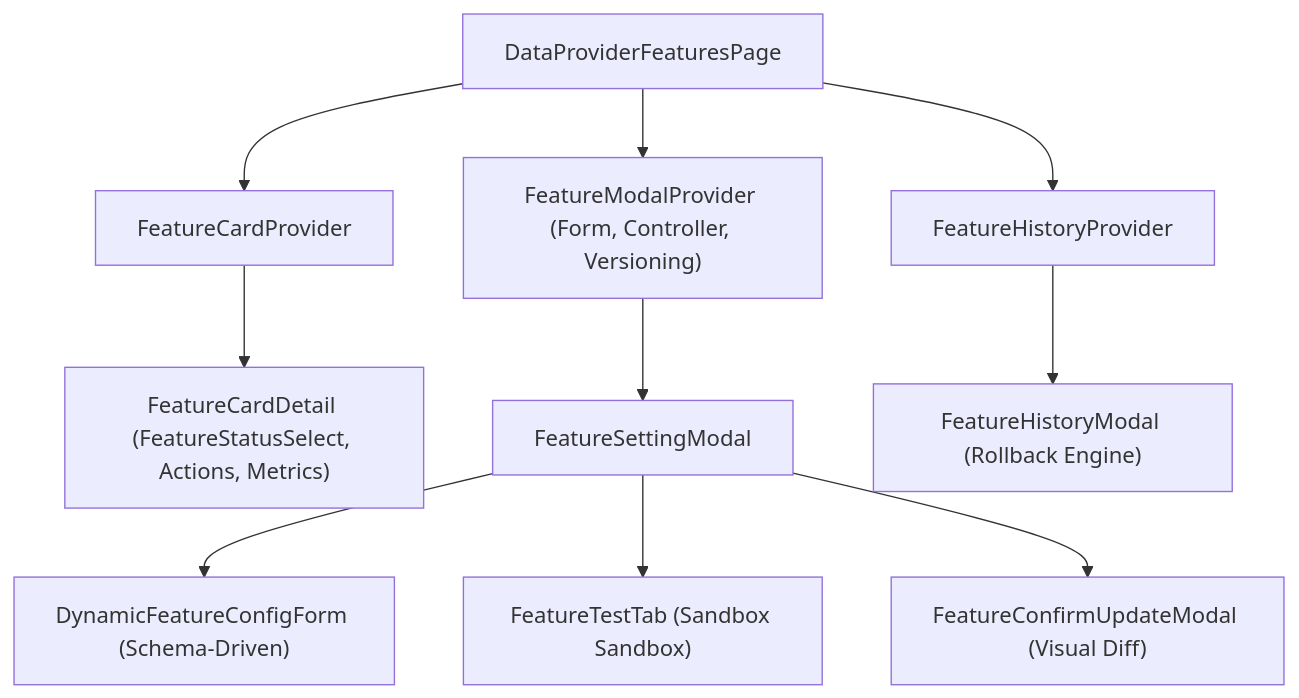
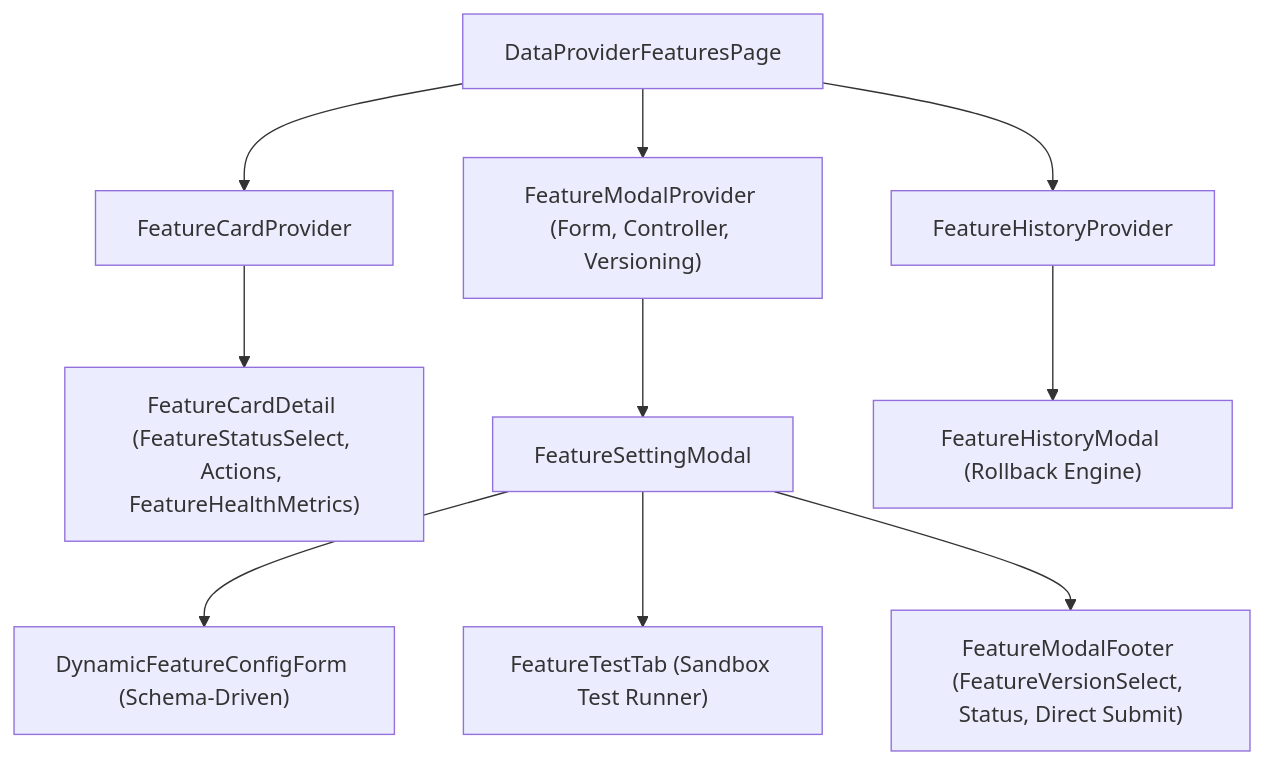
Before and after one commit to Personal-Source-SP/only-one-fe: the diagram in only-one/archives/20260911-164500-data-provider-features-architecture.md, drawn with Mermaid. The commit also changed other lines of this file and 6 other files, not shown here.

Commit message:
docs: add architecture archives for scraping discovery and data provider features

````diff
--- a/only-one/archives/20260911-164500-data-provider-features-architecture.md
+++ b/only-one/archives/20260911-164500-data-provider-features-architecture.md
@@ -118,15 +124,15 @@
 ```mermaid
 graph TD
     Page["DataProviderFeaturesPage"] --> CardCtx["FeatureCardProvider"]
-    CardCtx --> Card["FeatureCardDetail (FeatureStatusSelect, Actions, Metrics)"]
+    CardCtx --> Card["FeatureCardDetail (FeatureStatusSelect, Actions, FeatureHealthMetrics)"]
     
     Page --> ModalCtx["FeatureModalProvider (Form, Controller, Versioning)"]
     ModalCtx --> SettingModal["FeatureSettingModal"]
     
     SettingModal --> SchemaForm["DynamicFeatureConfigForm (Schema-Driven)"]
-    SettingModal --> TestRunner["FeatureTestTab (Sandbox Sandbox)"]
-    SettingModal --> ConfirmModal["FeatureConfirmUpdateModal (Visual Diff)"]
+    SettingModal --> TestRunner["FeatureTestTab (Sandbox Test Runner)"]
+    SettingModal --> Footer["FeatureModalFooter (FeatureVersionSelect, Status, Direct Submit)"]
     
     Page --> HistoryCtx["FeatureHistoryProvider"]
     HistoryCtx --> HistoryModal["FeatureHistoryModal (Rollback Engine)"]
 ```
````
